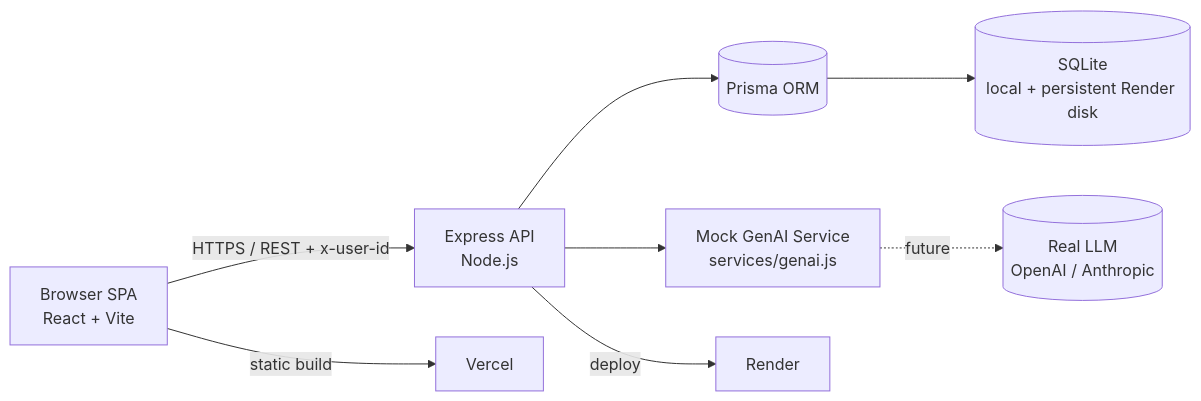
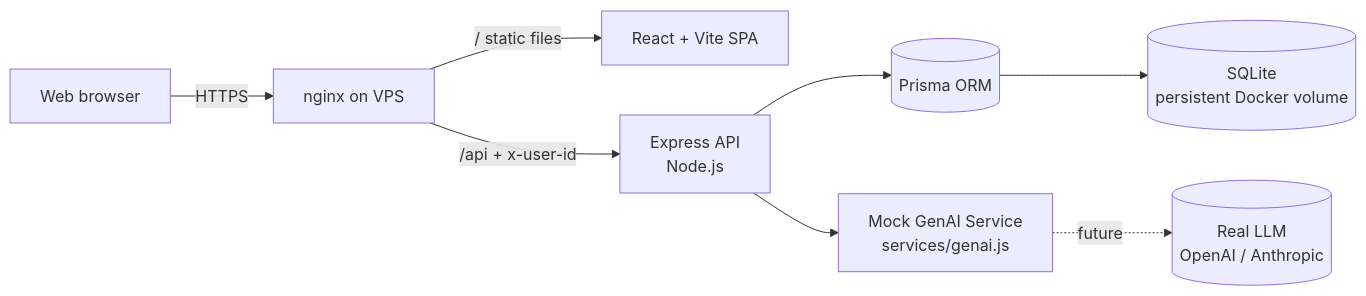
Before and after one commit to christiantroyandrada/thinking-machines-assessment: the diagram in docs/architecture-diagram.md, drawn with Mermaid. The commit also changed other lines of this file and 8 other files, not shown here.

````diff
--- a/docs/architecture-diagram.md
+++ b/docs/architecture-diagram.md
@@ -5,10 +5,10 @@
 ```mermaid
 flowchart LR
-  Browser[Browser SPA\nReact + Vite] -->|HTTPS / REST + x-user-id| API[Express API\nNode.js]
+  Browser[Web browser] -->|HTTPS| Gateway[nginx on VPS]
+  Gateway -->|/ static files| Client[React + Vite SPA]
+  Gateway -->|/api + x-user-id| API[Express API\nNode.js]
   API --> DB[(Prisma ORM)]
-  DB --> SQLite[(SQLite\nlocal + persistent Render disk)]
+  DB --> SQLite[(SQLite\npersistent Docker volume)]
   API --> GENAI[Mock GenAI Service\n services/genai.js]
   GENAI -.->|future| LLM[(Real LLM\nOpenAI / Anthropic)]
-  Browser -->|static build| Vercel[Vercel]
-  API -->|deploy| Render[Render]
 ```
````
